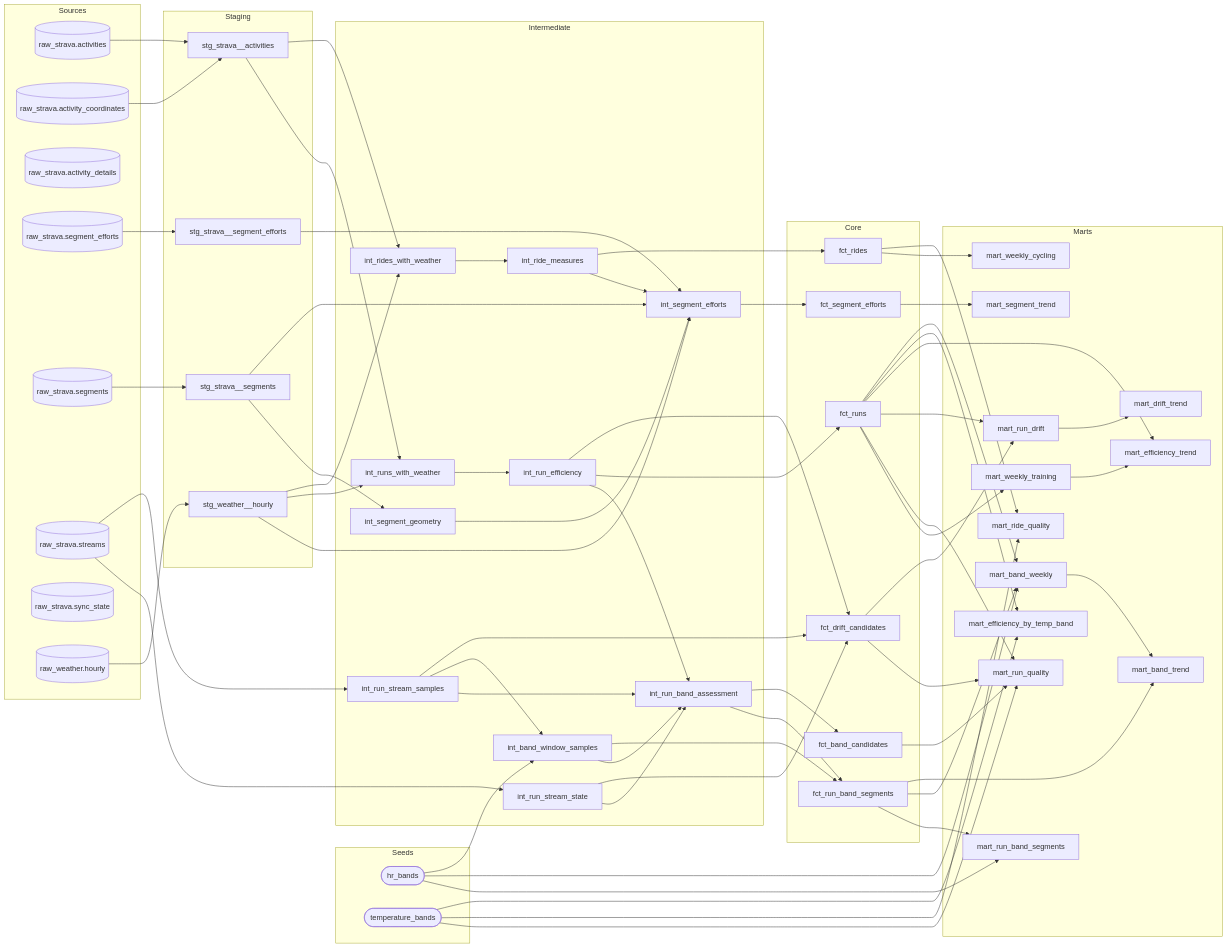
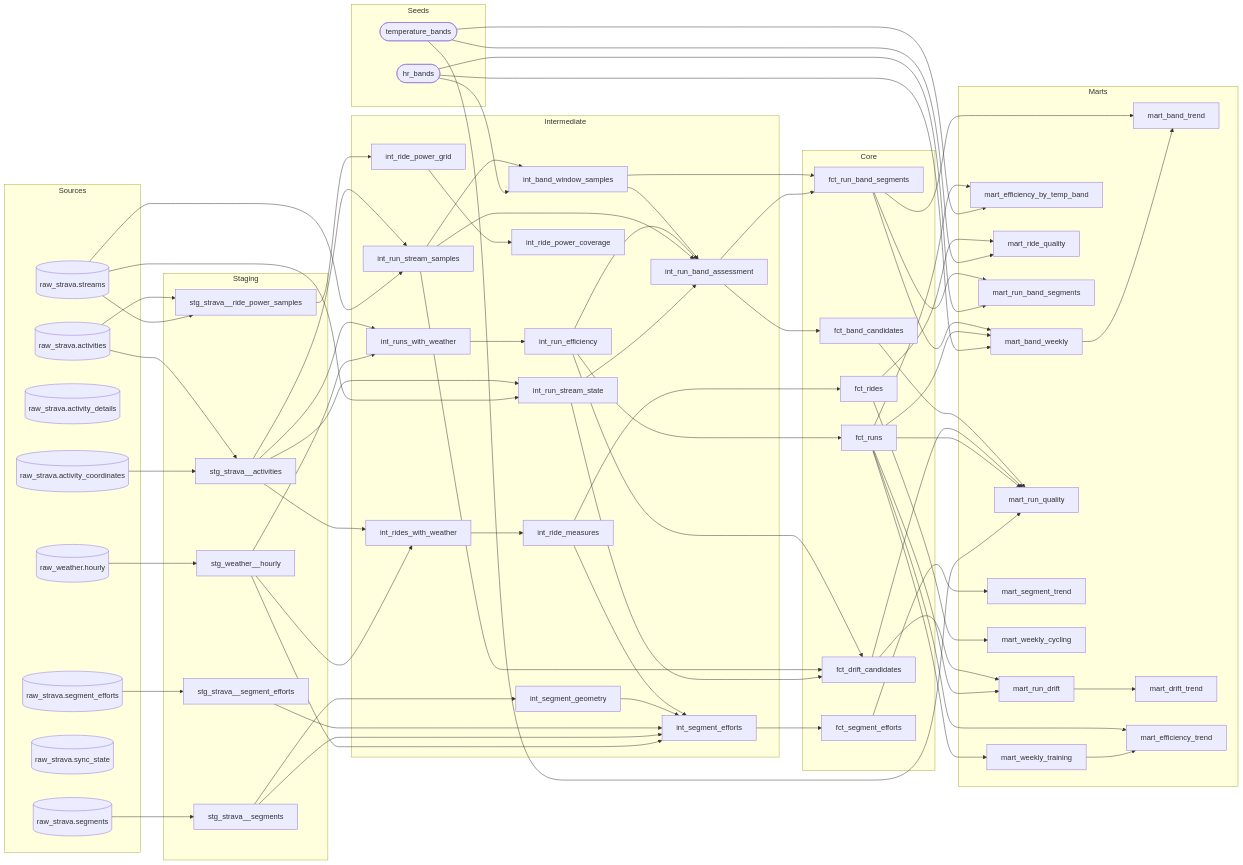
The diagram in README.md (mowen18/fitness-analytics), drawn with Mermaid before and after one commit. The commit also changed other lines of this file and 3 other files, not shown here.

````diff
--- a/README.md
+++ b/README.md
@@ -266,6 +269,7 @@
 
     subgraph staging["Staging"]
         model_running_analytics_stg_strava__activities["stg_strava__activities"]
+        model_running_analytics_stg_strava__ride_power_samples["stg_strava__ride_power_samples"]
         model_running_analytics_stg_strava__segment_efforts["stg_strava__segment_efforts"]
         model_running_analytics_stg_strava__segments["stg_strava__segments"]
         model_running_analytics_stg_weather__hourly["stg_weather__hourly"]
@@ -274,6 +278,8 @@
     subgraph intermediate["Intermediate"]
         model_running_analytics_int_band_window_samples["int_band_window_samples"]
         model_running_analytics_int_ride_measures["int_ride_measures"]
+        model_running_analytics_int_ride_power_coverage["int_ride_power_coverage"]
+        model_running_analytics_int_ride_power_grid["int_ride_power_grid"]
         model_running_analytics_int_rides_with_weather["int_rides_with_weather"]
         model_running_analytics_int_run_band_assessment["int_run_band_assessment"]
         model_running_analytics_int_run_efficiency["int_run_efficiency"]
@@ -327,6 +333,7 @@
     model_running_analytics_int_band_window_samples --> model_running_analytics_int_run_band_assessment
     model_running_analytics_int_ride_measures --> model_running_analytics_fct_rides
     model_running_analytics_int_ride_measures --> model_running_analytics_int_segment_efforts
+    model_running_analytics_int_ride_power_grid --> model_running_analytics_int_ride_power_coverage
     model_running_analytics_int_rides_with_weather --> model_running_analytics_int_ride_measures
     model_running_analytics_int_run_band_assessment --> model_running_analytics_fct_band_candidates
     model_running_analytics_int_run_band_assessment --> model_running_analytics_fct_run_band_segments
@@ -345,7 +352,10 @@
     model_running_analytics_mart_run_drift --> model_running_analytics_mart_drift_trend
     model_running_analytics_mart_weekly_training --> model_running_analytics_mart_efficiency_trend
     model_running_analytics_stg_strava__activities --> model_running_analytics_int_rides_with_weather
+    model_running_analytics_stg_strava__activities --> model_running_analytics_int_run_stream_samples
+    model_running_analytics_stg_strava__activities --> model_running_analytics_int_run_stream_state
     model_running_analytics_stg_strava__activities --> model_running_analytics_int_runs_with_weather
+    model_running_analytics_stg_strava__ride_power_samples --> model_running_analytics_int_ride_power_grid
     model_running_analytics_stg_strava__segment_efforts --> model_running_analytics_int_segment_efforts
     model_running_analytics_stg_strava__segments --> model_running_analytics_int_segment_efforts
     model_running_analytics_stg_strava__segments --> model_running_analytics_int_segment_geometry
@@ -359,10 +369,12 @@
     seed_running_analytics_temperature_bands --> model_running_analytics_mart_ride_quality
     seed_running_analytics_temperature_bands --> model_running_analytics_mart_run_quality
     source_running_analytics_raw_strava_activities --> model_running_analytics_stg_strava__activities
+    source_running_analytics_raw_strava_activities --> model_running_analytics_stg_strava__ride_power_samples
     source_running_analytics_raw_strava_activity_coordinates --> model_running_analytics_stg_strava__activities
     source_running_analytics_raw_strava_segment_efforts --> model_running_analytics_stg_strava__segment_efforts
     source_running_analytics_raw_strava_segments --> model_running_analytics_stg_strava__segments
     source_running_analytics_raw_strava_streams --> model_running_analytics_int_run_stream_samples
     source_running_analytics_raw_strava_streams --> model_running_analytics_int_run_stream_state
+    source_running_analytics_raw_strava_streams --> model_running_analytics_stg_strava__ride_power_samples
     source_running_analytics_raw_weather_hourly --> model_running_analytics_stg_weather__hourly
 ```
````
